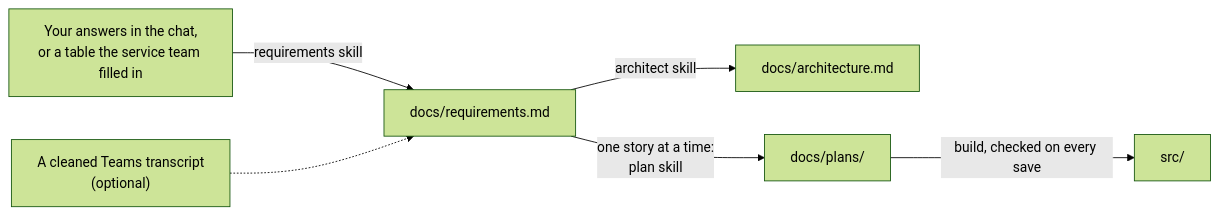
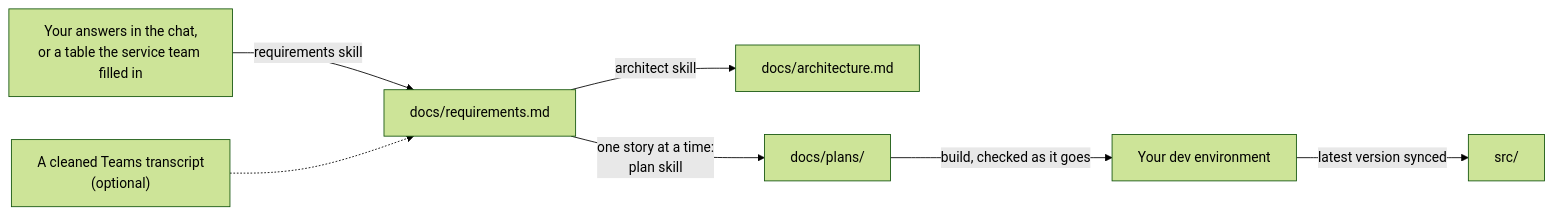
One commit to dbraben/lbbexley-ai-build-workshop changed the third of 3 diagrams in instructions/01-how-the-harness-works.md. Above: the diagram before and after it, drawn with Mermaid (forest theme). The commit also changed other lines of this file and 20 other files, not shown here.

Commit message:
Bexley AI build harness workshop 0.6.0: building in a dev environment

````diff
--- a/instructions/01-how-the-harness-works.md
+++ b/instructions/01-how-the-harness-works.md
@@ -79,8 +81,9 @@
 ```mermaid
 flowchart LR
     talk["Your answers in the chat,<br/>or a table the service team filled in"] -- "requirements skill" --> req["docs/requirements.md"]
     meeting["A cleaned Teams transcript<br/>(optional)"] -.-> req
     req -- "architect skill" --> arch["docs/architecture.md"]
     req -- "one story at a time:<br/>plan skill" --> plan["docs/plans/"]
-    plan -- "build, checked on every save" --> src["src/"]
+    plan -- "build, checked as it goes" --> dev["Your dev environment"]
+    dev -- "latest version synced" --> src["src/"]
 ```
````
